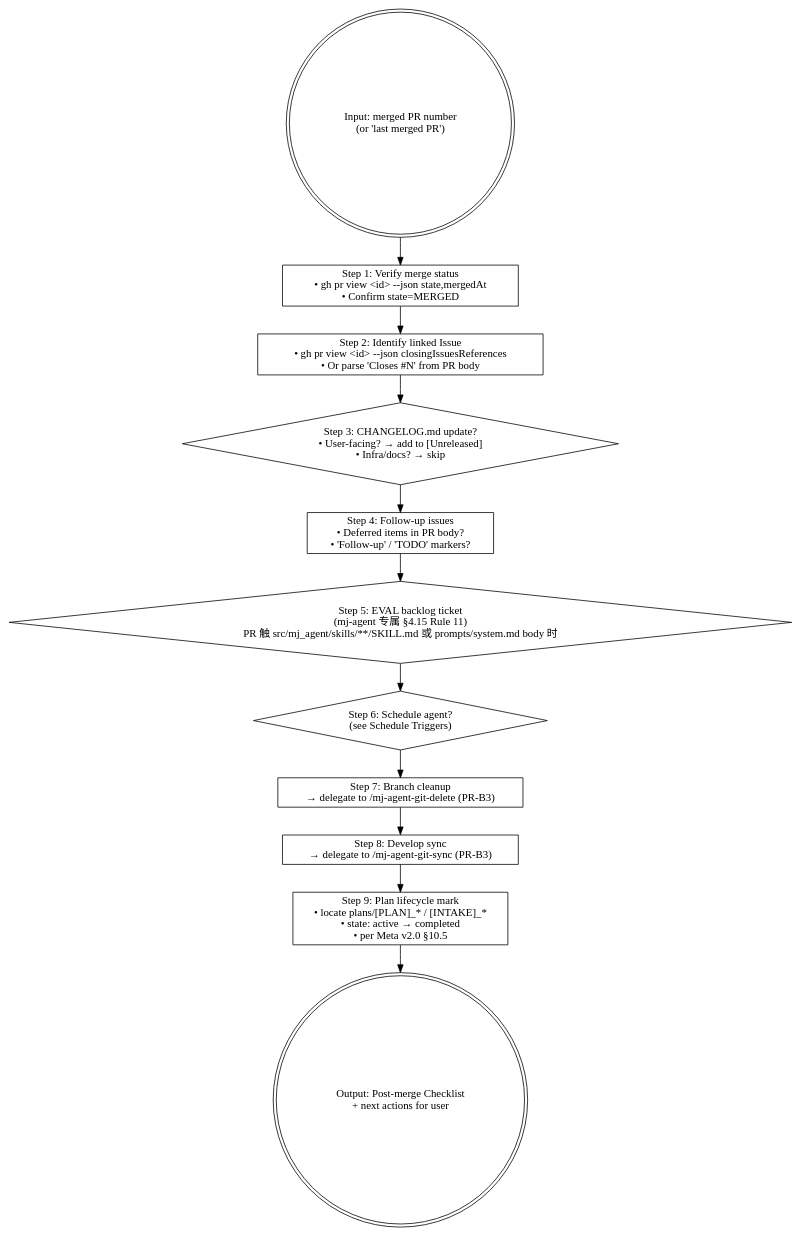
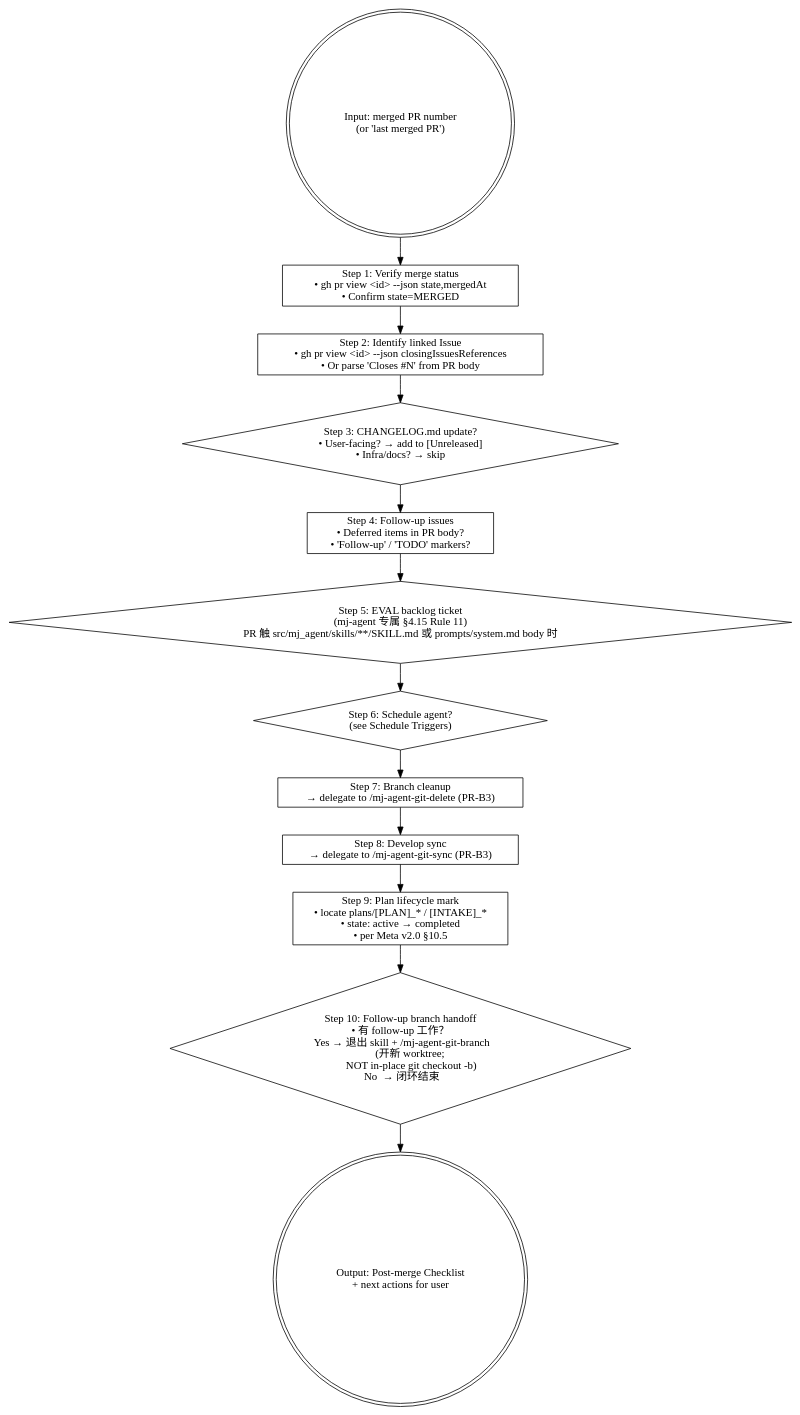
One commit to MJ-AgentLab/mj-agent changed the diagram in .claude/skills/mj-agent-flow-post-merge/SKILL.md. Above: the diagram before and after it, drawn with Graphviz. The commit also changed other lines of this file, not shown here.

First line of the commit message:
docs: post-merge skill add Step 10 follow-up branch handoff

````diff
--- a/.claude/skills/mj-agent-flow-post-merge/SKILL.md
+++ b/.claude/skills/mj-agent-flow-post-merge/SKILL.md
@@ -26,20 +27,21 @@
 ```dot
 digraph post_merge {
   rankdir=TB;
   start [label="Input: merged PR number\n(or 'last merged PR')" shape=doublecircle];
 
   s1 [label="Step 1: Verify merge status\n• gh pr view <id> --json state,mergedAt\n• Confirm state=MERGED" shape=box];
   s2 [label="Step 2: Identify linked Issue\n• gh pr view <id> --json closingIssuesReferences\n• Or parse 'Closes #N' from PR body" shape=box];
   s3 [label="Step 3: CHANGELOG.md update?\n• User-facing? → add to [Unreleased]\n• Infra/docs? → skip" shape=diamond];
   s4 [label="Step 4: Follow-up issues\n• Deferred items in PR body?\n• 'Follow-up' / 'TODO' markers?" shape=box];
   s5 [label="Step 5: EVAL backlog ticket\n(mj-agent 专属 §4.15 Rule 11)\nPR 触 src/mj_agent/skills/**/SKILL.md 或 prompts/system.md body 时" shape=diamond];
   s6 [label="Step 6: Schedule agent?\n(see Schedule Triggers)" shape=diamond];
   s7 [label="Step 7: Branch cleanup\n→ delegate to /mj-agent-git-delete (PR-B3)" shape=box];
   s8 [label="Step 8: Develop sync\n→ delegate to /mj-agent-git-sync (PR-B3)" shape=box];
   s9 [label="Step 9: Plan lifecycle mark\n• locate plans/[PLAN]_* / [INTAKE]_*\n• state: active → completed\n• per Meta v2.0 §10.5" shape=box];
+  s10 [label="Step 10: Follow-up branch handoff\n• 有 follow-up 工作？\n  Yes → 退出 skill + /mj-agent-git-branch\n        (开新 worktree;\n         NOT in-place git checkout -b)\n  No  → 闭环结束" shape=diamond];
 
   out [label="Output: Post-merge Checklist\n+ next actions for user" shape=doublecircle];
 
-  start -> s1 -> s2 -> s3 -> s4 -> s5 -> s6 -> s7 -> s8 -> s9 -> out;
+  start -> s1 -> s2 -> s3 -> s4 -> s5 -> s6 -> s7 -> s8 -> s9 -> s10 -> out;
 }
 ```
````
